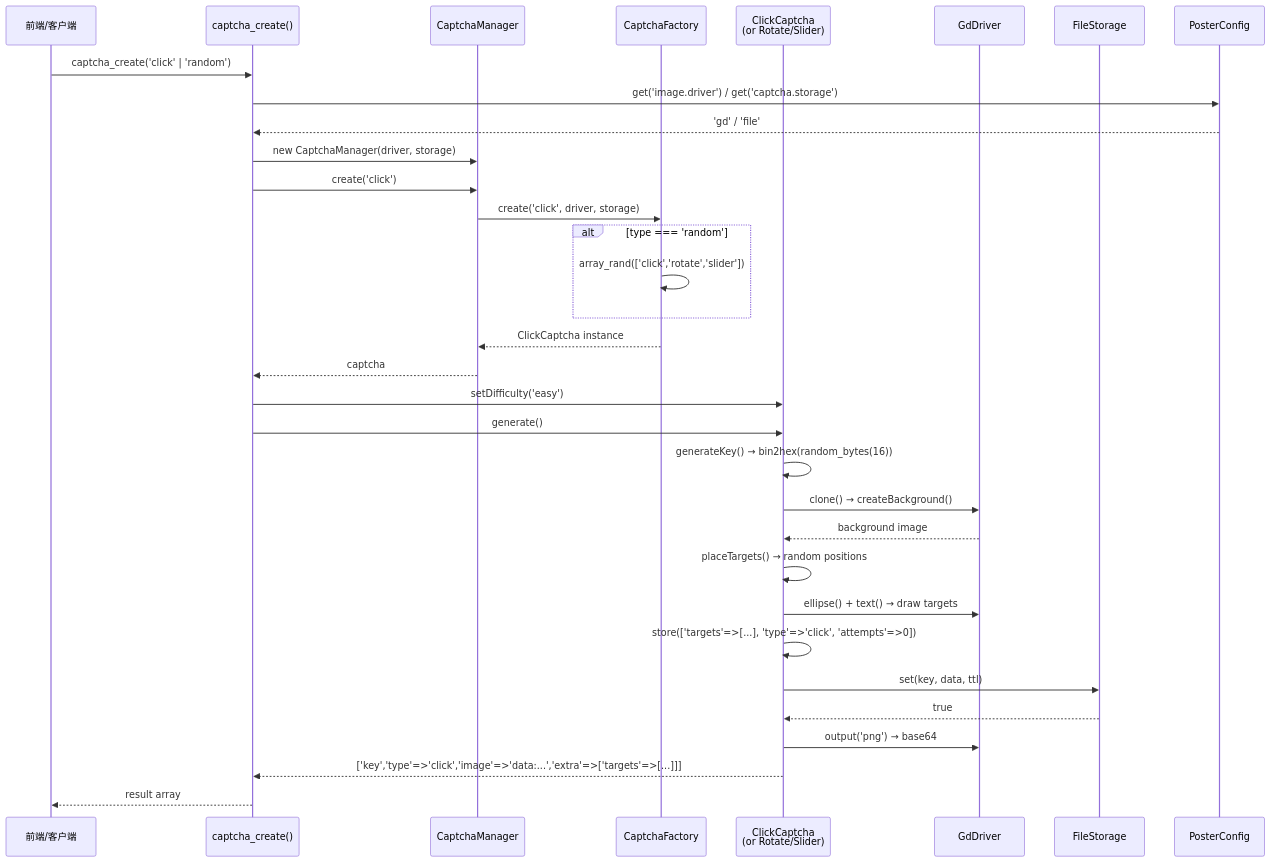
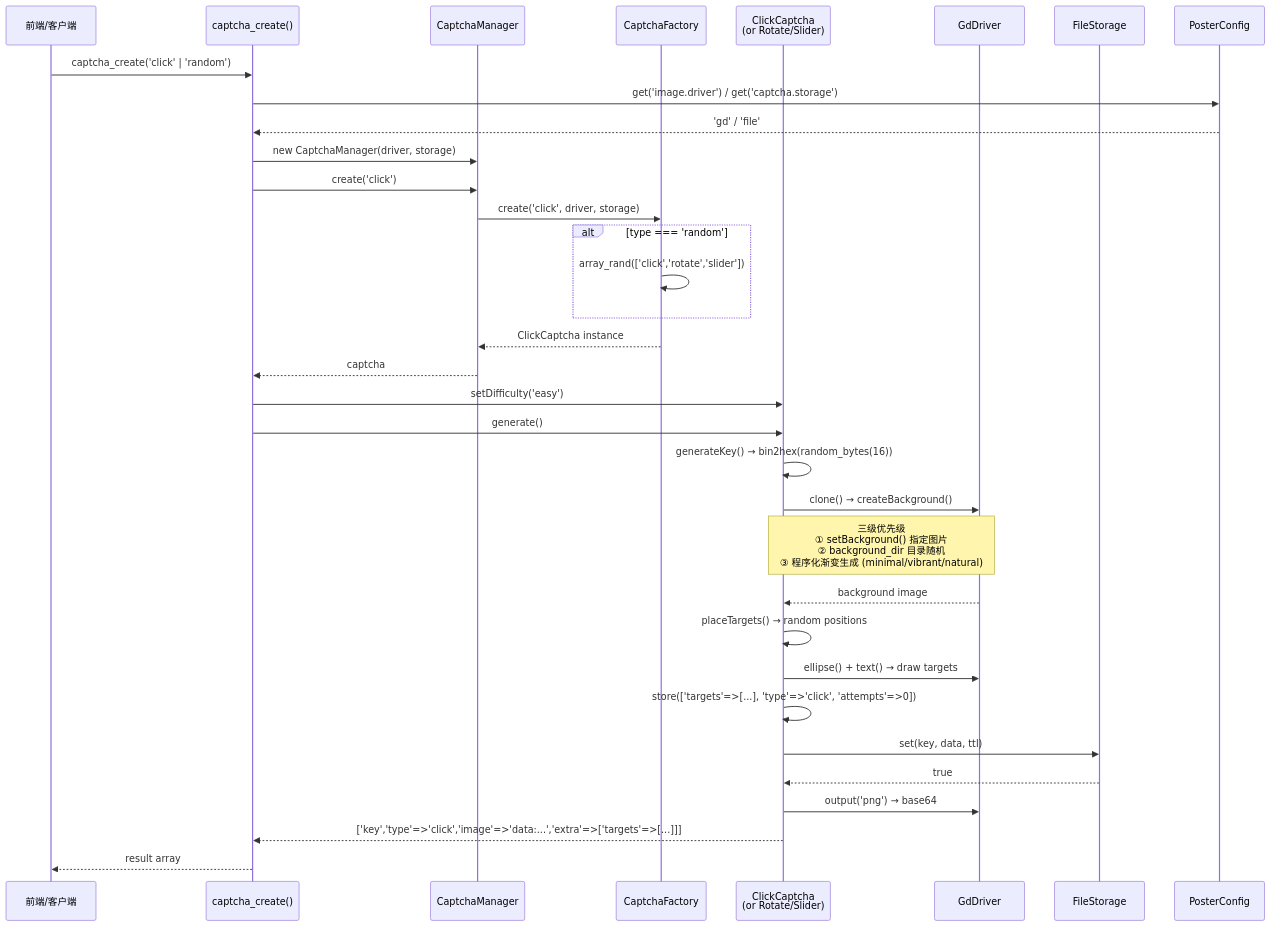
One commit to erikwang2013/poster-php changed the fourth of 11 diagrams in docs/architecture.md. Above: the diagram before and after it, drawn with Mermaid. The commit also changed other lines of this file and 2 other files, not shown here.

Commit message:
docs: update README and architecture for captcha background visual redesign

````diff
--- a/docs/architecture.md
+++ b/docs/architecture.md
@@ -151,42 +151,43 @@
 ```mermaid
 sequenceDiagram
     participant Client as 前端/客户端
     participant Helper as captcha_create()
     participant Manager as CaptchaManager
     participant Factory as CaptchaFactory
     participant Captcha as ClickCaptcha<br/>(or Rotate/Slider)
     participant Driver as GdDriver
     participant Storage as FileStorage
     participant Config as PosterConfig
 
     Client->>Helper: captcha_create('click' | 'random')
     Helper->>Config: get('image.driver') / get('captcha.storage')
     Config-->>Helper: 'gd' / 'file'
     Helper->>Manager: new CaptchaManager(driver, storage)
     Helper->>Manager: create('click')
     Manager->>Factory: create('click', driver, storage)
     
     alt type === 'random'
         Factory->>Factory: array_rand(['click','rotate','slider'])
     end
     
     Factory-->>Manager: ClickCaptcha instance
     Manager-->>Helper: captcha
     
     Helper->>Captcha: setDifficulty('easy')
     Helper->>Captcha: generate()
     
     Captcha->>Captcha: generateKey() → bin2hex(random_bytes(16))
     Captcha->>Driver: clone() → createBackground()
+    Note over Captcha,Driver: 三级优先级<br/>① setBackground() 指定图片<br/>② background_dir 目录随机<br/>③ 程序化渐变生成 (minimal/vibrant/natural)
     Driver-->>Captcha: background image
     
     Captcha->>Captcha: placeTargets() → random positions
     Captcha->>Driver: ellipse() + text() → draw targets
     Captcha->>Captcha: store(['targets'=>[...], 'type'=>'click', 'attempts'=>0])
     Captcha->>Storage: set(key, data, ttl)
     Storage-->>Captcha: true
     
     Captcha->>Driver: output('png') → base64
     Captcha-->>Helper: ['key','type'=>'click','image'=>'data:...','extra'=>['targets'=>[...]]]
     Helper-->>Client: result array
 ```
````
